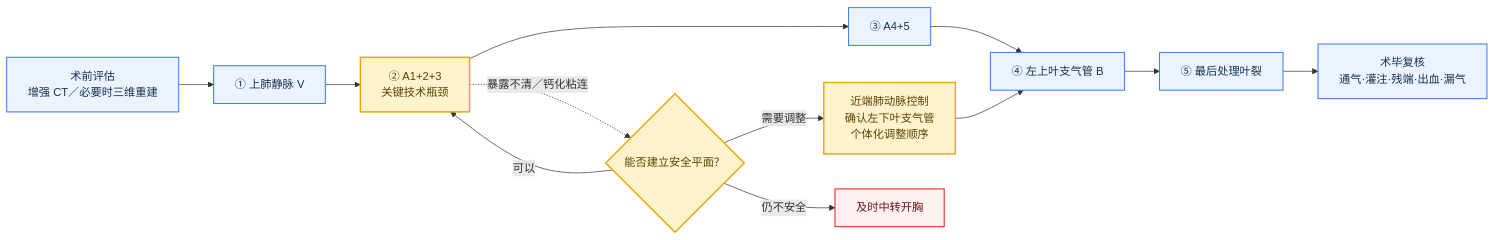
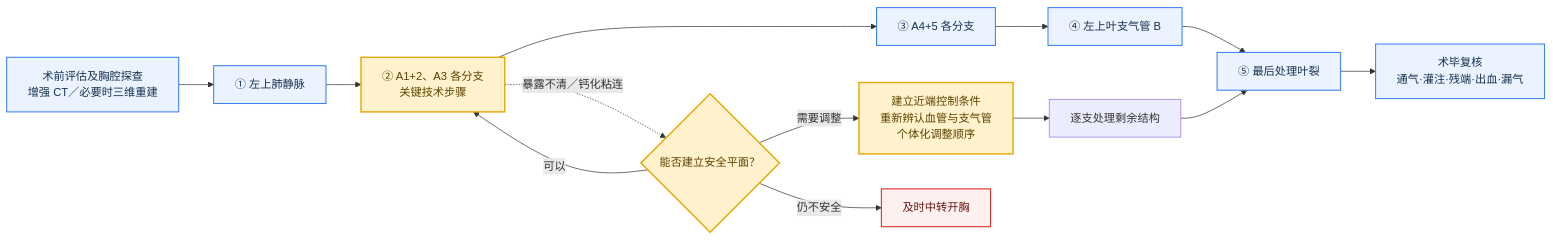
One commit to linghown/obsidian-vault changed the diagram in 04资源/单孔单向式左上肺切除.md. Above: the diagram before and after it, drawn with Mermaid. The commit also changed other lines of this file, not shown here.

````diff
--- a/04资源/单孔单向式左上肺切除.md
+++ b/04资源/单孔单向式左上肺切除.md
@@ -12,22 +12,23 @@
 ```mermaid
 flowchart LR
-    A[术前评估<br/>增强 CT／必要时三维重建] --> V[① 上肺静脉 V]
-    V --> PA1[② A1+2+3<br/>关键技术瓶颈]
-    PA1 --> PA2[③ A4+5]
+    A[术前评估及胸腔探查<br/>增强 CT／必要时三维重建] --> V[① 左上肺静脉]
+    V --> PA1[② A1+2、A3 各分支<br/>关键技术步骤]
+    PA1 --> PA2[③ A4+5 各分支]
     PA2 --> B[④ 左上叶支气管 B]
     B --> F[⑤ 最后处理叶裂]
     F --> C[术毕复核<br/>通气·灌注·残端·出血·漏气]
 
     PA1 -. 暴露不清／钙化粘连 .-> D{能否建立安全平面？}
     D -->|可以| PA1
-    D -->|需要调整| E[近端肺动脉控制<br/>确认左下叶支气管<br/>个体化调整顺序]
-    E --> B
+    D -->|需要调整| E[建立近端控制条件<br/>重新辨认血管与支气管<br/>个体化调整顺序]
+    E --> R[逐支处理剩余结构]
+    R --> F
     D -->|仍不安全| T[及时中转开胸]
 
     classDef standard fill:#eaf3ff,stroke:#3b82f6,color:#17324d,stroke-width:1.5px;
     classDef key fill:#fff2cc,stroke:#e6a700,color:#5c4300,stroke-width:2px;
     classDef safety fill:#fff0f0,stroke:#dc2626,color:#671717,stroke-width:1.5px;
     class A,V,PA2,B,F,C standard;
     class PA1,D,E key;
     class T safety;
 ```
````
